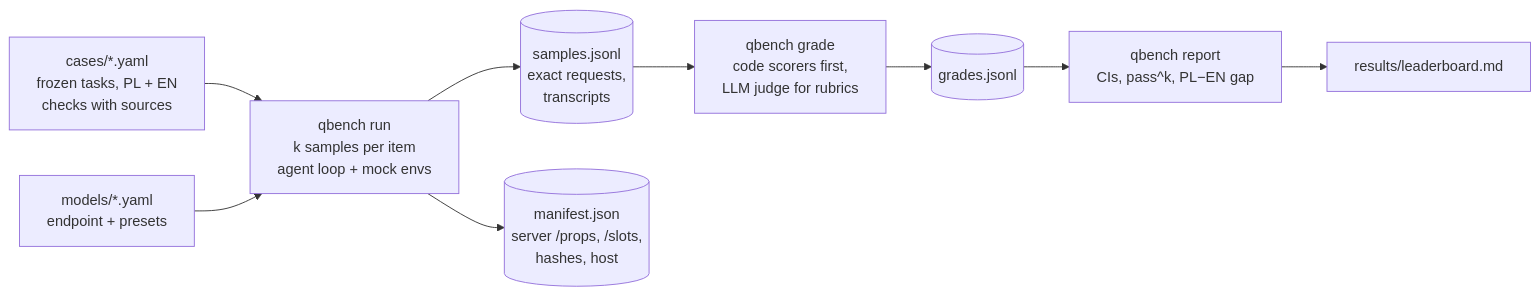
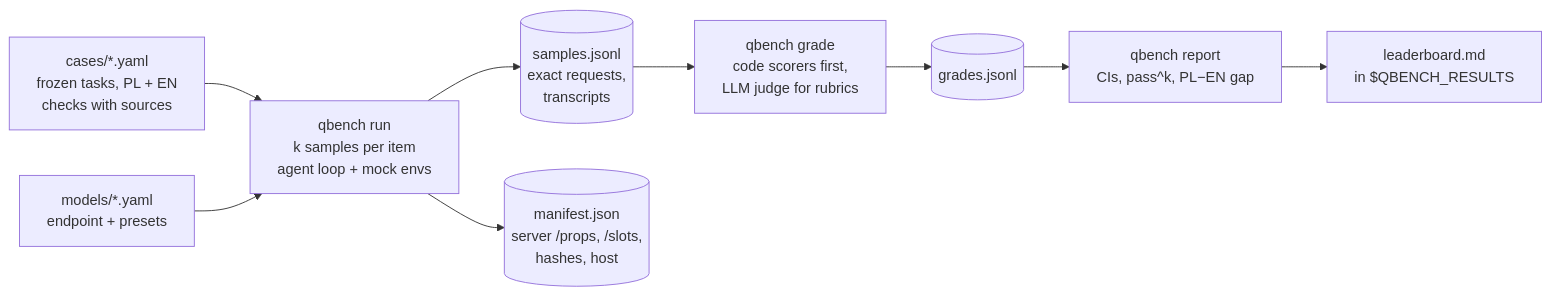
One commit to michal-konik-human/local-llm-quality-bench changed the diagram in README.md. Above: the diagram before and after it, drawn with Mermaid. The commit also changed other lines of this file and 20 other files, not shown here.

First line of the commit message:
A clean tool: results go to $QBENCH_RESULTS (a separate results repo); contributor docs

````diff
--- a/README.md
+++ b/README.md
@@ -70,11 +72,11 @@
 ```mermaid
 flowchart LR
     C["cases/*.yaml<br/>frozen tasks, PL + EN<br/>checks with sources"] --> R
     P["models/*.yaml<br/>endpoint + presets"] --> R
     R["qbench run<br/>k samples per item<br/>agent loop + mock envs"] --> S[("samples.jsonl<br/>exact requests,<br/>transcripts")]
     R --> M[("manifest.json<br/>server /props, /slots,<br/>hashes, host")]
     S --> G["qbench grade<br/>code scorers first,<br/>LLM judge for rubrics"]
     G --> Q[("grades.jsonl")]
     Q --> T["qbench report<br/>CIs, pass^k, PL−EN gap"]
-    T --> L["results/leaderboard.md"]
+    T --> L["leaderboard.md<br/>in $QBENCH_RESULTS"]
 ```
````
